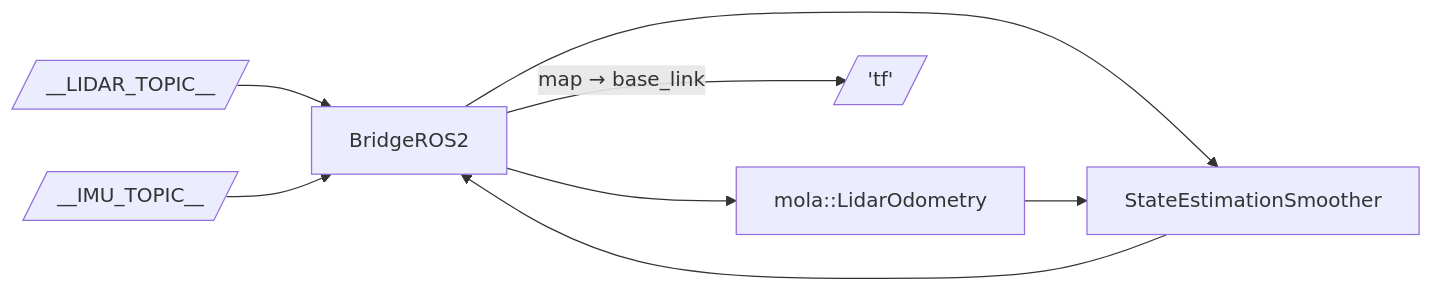
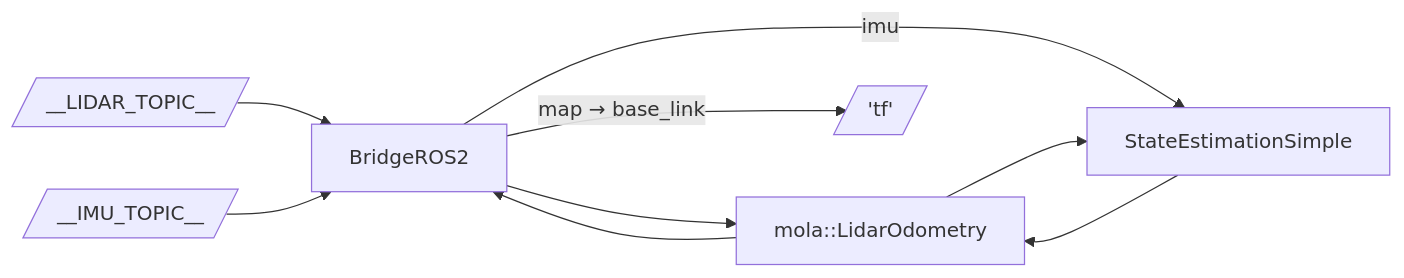
Before and after one commit to MOLAorg/mola: the fifth of 12 diagrams in docs/source/mola_ros2_configurations.rst, drawn with Mermaid. The commit also changed other lines of this file and 1 other file, not shown here.

```diff
--- a/docs/source/mola_ros2_configurations.rst
+++ b/docs/source/mola_ros2_configurations.rst
@@ -315,10 +271,11 @@
-.. mermaid::
+   .. mermaid::
 
-   flowchart LR
-     lidar[/"__LIDAR_TOPIC__"/] --> bridge[BridgeROS2]
-     imu[/"__IMU_TOPIC__"/] --> bridge
-     bridge --> lo[mola::LidarOdometry]
-     bridge --> smoother[StateEstimationSmoother]
-     lo --> smoother
-     smoother --> bridge
-     bridge -->|map → base_link| tfout[/'tf'/]
+      flowchart LR
+        lidar[/"__LIDAR_TOPIC__"/] --> bridge[BridgeROS2]
+        imu[/"__IMU_TOPIC__"/] --> bridge
+        bridge --> lo[mola::LidarOdometry]
+        bridge -->|imu| se[StateEstimationSimple]
+        lo --> se
+        lo --> bridge
+        se --> lo
+        bridge -->|map → base_link| tfout[/'tf'/]
```
